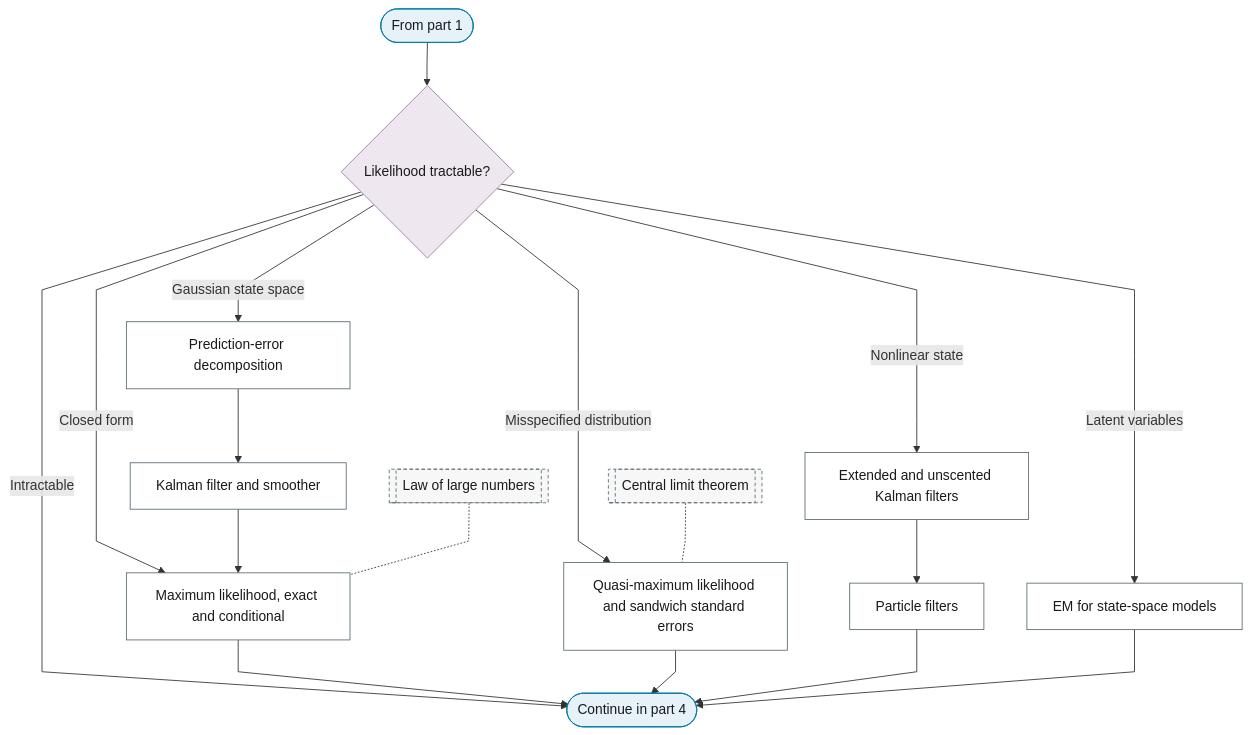
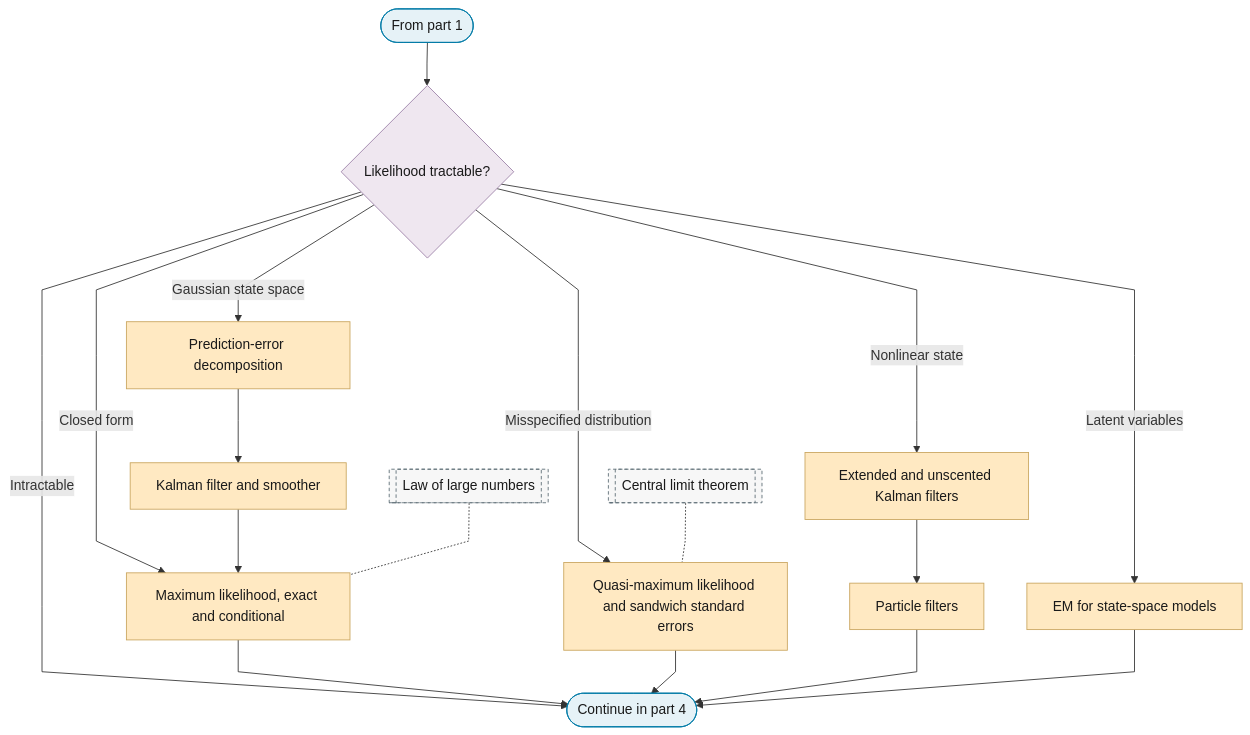
The third of 4 diagrams in docs/01-workflow/p08-estimation.md (Shuxin-Y/time-series-analysis-manual), drawn with Mermaid before and after one commit. The commit also changed other lines of this file and 1 other file, not shown here.

First line of the commit message:
style(flowchart): P6 model and P8 estimator leaves keep the escalate outcome class

````diff
--- a/docs/01-workflow/p08-estimation.md
+++ b/docs/01-workflow/p08-estimation.md
@@ -63,29 +63,29 @@
 ```mermaid
 %%{init: {"flowchart": {"curve": "linear"}}}%%
 graph TD
     P8_PART_3_IN(["From part 1"]) --> P8_LIKELIHOOD{"Likelihood tractable?"}
     P8_LIKELIHOOD -->|"Gaussian state space"| P8_PREDICTION_ERROR["Prediction-error decomposition"]
     P8_LIKELIHOOD -->|"Closed form"| P8_MLE
     P8_LIKELIHOOD -->|"Misspecified distribution"| P8_QMLE["Quasi-maximum likelihood and sandwich standard errors"]
     P8_LIKELIHOOD -->|"Nonlinear state"| P8_NONLINEAR_FILTERS["Extended and unscented Kalman filters"]
     P8_LIKELIHOOD -->|"Latent variables"| P8_EM["EM for state-space models"]
     P8_LIKELIHOOD -->|"Intractable"| P8_TO_PART_4
     P8_PREDICTION_ERROR --> P8_KALMAN["Kalman filter and smoother"]
     P8_KALMAN --> P8_MLE["Maximum likelihood, exact and conditional"]
     P8_NONLINEAR_FILTERS --> P8_PARTICLE_FILTERS["Particle filters"]
     P8_MLE & P8_QMLE & P8_PARTICLE_FILTERS & P8_EM --> P8_TO_PART_4(["Continue in part 4"])
     F_LLN[["Law of large numbers"]] -.- P8_MLE
     F_CLT[["Central limit theorem"]] -.- P8_QMLE
+    class P8_PREDICTION_ERROR,P8_QMLE,P8_NONLINEAR_FILTERS,P8_EM,P8_KALMAN,P8_MLE,P8_PARTICLE_FILTERS escalate
     class P8_PART_3_IN,P8_TO_PART_4 terminator
     class P8_LIKELIHOOD decision
-    class P8_PREDICTION_ERROR,P8_QMLE,P8_NONLINEAR_FILTERS,P8_EM,P8_KALMAN,P8_MLE,P8_PARTICLE_FILTERS process
     class F_LLN,F_CLT ref
     classDef terminator fill:#E6F2F7,stroke:#007BA7,color:#1A1A1A;
     classDef process fill:#FFFFFF,stroke:#5A6B73,color:#1A1A1A;
     classDef decision fill:#EFE7F0,stroke:#9B7FA7,color:#1A1A1A;
     classDef data fill:#FFF4E0,stroke:#C9A55E,color:#1A1A1A;
     classDef good fill:#DCEFD8,stroke:#4A7A3F,color:#1A1A1A;
     classDef escalate fill:#FFE9C2,stroke:#C9A55E,color:#1A1A1A;
     classDef problem fill:#F2D9DE,stroke:#800020,color:#1A1A1A;
     classDef ref fill:#F7F7F7,stroke:#5A6B73,color:#1A1A1A,stroke-dasharray:4 3;
 ```
````
